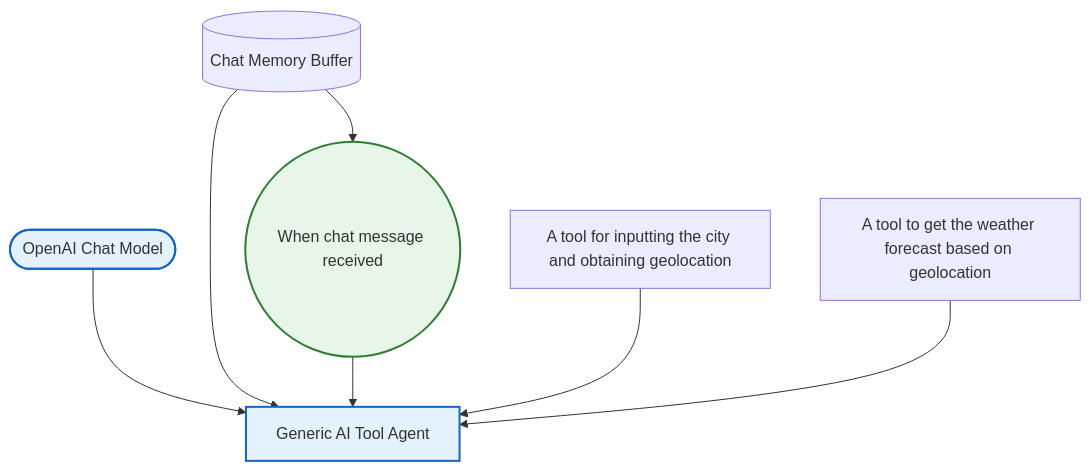
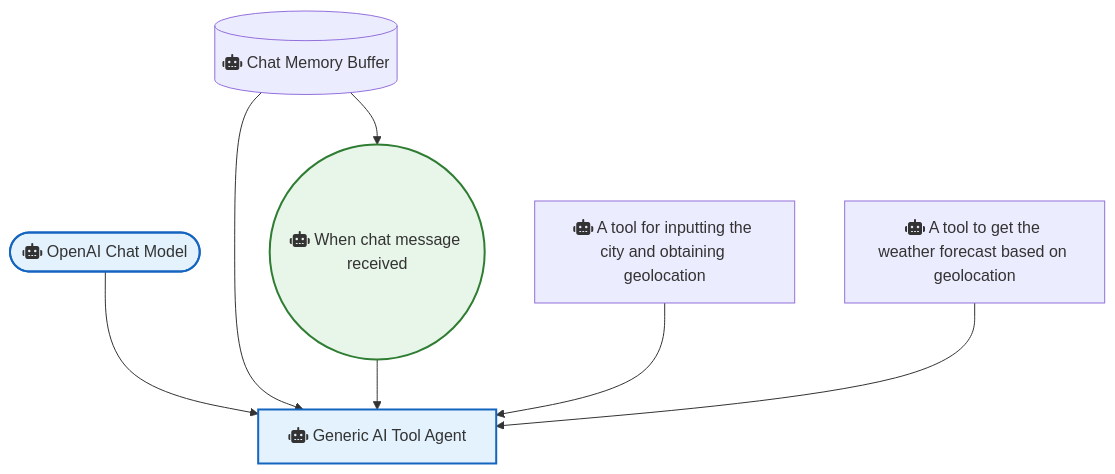
One commit to sreyash3105/N8N-DEMO-AUTOMATIONS changed the diagram in Other_Integrations_and_Use_Cases/Integrating AI with Open-Meteo API for Enhanced Weather Forecasting.md. Above: the diagram before and after it, drawn with Mermaid. The commit also changed 291 other files, not shown here.

````diff
--- a/Other_Integrations_and_Use_Cases/Integrating AI with Open-Meteo API for Enhanced Weather Forecasting.md
+++ b/Other_Integrations_and_Use_Cases/Integrating AI with Open-Meteo API for Enhanced Weather Forecasting.md
@@ -1,20 +1,20 @@
 ```mermaid
 graph TD
     classDef trigger fill:#e8f5e9,stroke:#2e7d32,stroke-width:2px;
     classDef ai fill:#e3f2fd,stroke:#1565c0,stroke-width:2px;
     classDef logic fill:#fff3e0,stroke:#ef6c00,stroke-width:2px;
 
-    When_chat_message_received(("When chat message received")):::trigger
-    OpenAI_Chat_Model(["OpenAI Chat Model"]):::ai
-    Generic_AI_Tool_Agent["Generic AI Tool Agent"]:::ai
-    Chat_Memory_Buffer[("Chat Memory Buffer")]
-    A_tool_to_get_the_weather_forecast_based_on_geolocation["A tool to get the weather forecast based on geolocation"]
-    A_tool_for_inputting_the_city_and_obtaining_geolocation["A tool for inputting the city and obtaining geolocation"]
+    When_chat_message_received(("fas:fa-robot When chat message received")):::trigger
+    OpenAI_Chat_Model(["fas:fa-robot OpenAI Chat Model"]):::ai
+    Generic_AI_Tool_Agent["fas:fa-robot Generic AI Tool Agent"]:::ai
+    Chat_Memory_Buffer[("fas:fa-robot Chat Memory Buffer")]
+    A_tool_to_get_the_weather_forecast_based_on_geolocation["fas:fa-robot A tool to get the weather forecast based on geolocation"]
+    A_tool_for_inputting_the_city_and_obtaining_geolocation["fas:fa-robot A tool for inputting the city and obtaining geolocation"]
 
     OpenAI_Chat_Model --> Generic_AI_Tool_Agent
     Chat_Memory_Buffer --> When_chat_message_received
     Chat_Memory_Buffer --> Generic_AI_Tool_Agent
     When_chat_message_received --> Generic_AI_Tool_Agent
     A_tool_for_inputting_the_city_and_obtaining_geolocation --> Generic_AI_Tool_Agent
     A_tool_to_get_the_weather_forecast_based_on_geolocation --> Generic_AI_Tool_Agent
 ```
````
